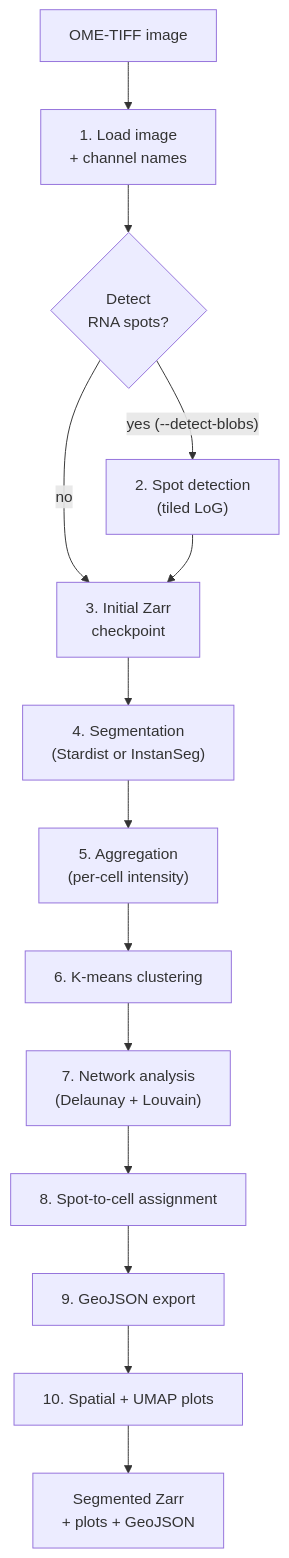
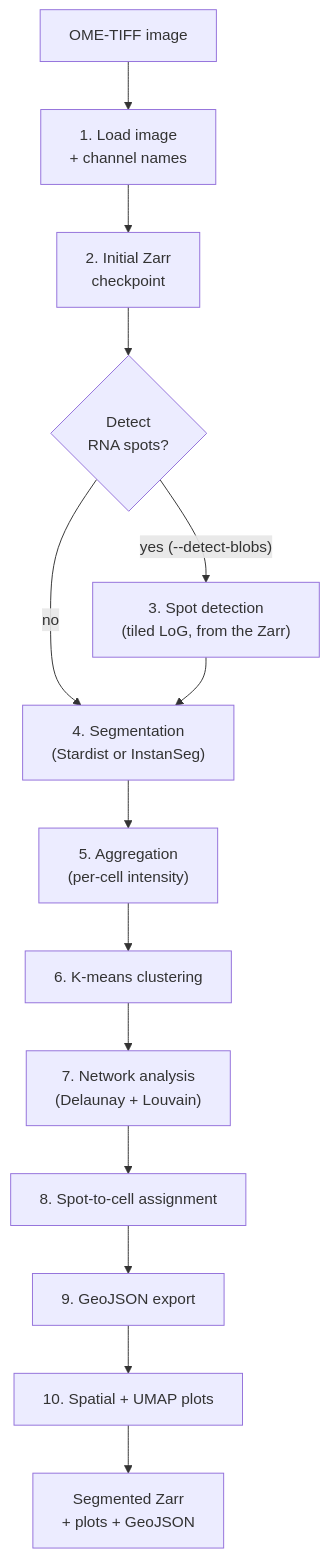
Before and after one commit to FrancisCrickInstitute/CellSurvey: the diagram in docs/pipeline.md, drawn with Mermaid. The commit also changed other lines of this file and 6 other files, not shown here.

Commit message:
Detect blobs from initial Zarr

````diff
--- a/docs/pipeline.md
+++ b/docs/pipeline.md
@@ -13,16 +13,16 @@
 ```mermaid
 flowchart TD
     A["OME-TIFF image"] --> B["1. Load image<br>+ channel names"]
-    B --> C{"Detect<br>RNA spots?"}
-    C -- "yes (--detect-blobs)" --> D["2. Spot detection<br>(tiled LoG)"]
-    C -- "no" --> E["3. Initial Zarr<br>checkpoint"]
-    D --> E
-    E --> F["4. Segmentation<br>(Stardist or InstanSeg)"]
+    B --> E["2. Initial Zarr<br>checkpoint"]
+    E --> C{"Detect<br>RNA spots?"}
+    C -- "yes (--detect-blobs)" --> D["3. Spot detection<br>(tiled LoG, from the Zarr)"]
+    C -- "no" --> F
+    D --> F["4. Segmentation<br>(Stardist or InstanSeg)"]
     F --> G["5. Aggregation<br>(per-cell intensity)"]
     G --> H["6. K-means clustering"]
     H --> I["7. Network analysis<br>(Delaunay + Louvain)"]
     I --> J["8. Spot-to-cell assignment"]
     J --> K["9. GeoJSON export"]
     K --> L["10. Spatial + UMAP plots"]
     L --> M["Segmented Zarr<br>+ plots + GeoJSON"]
 ```
````
